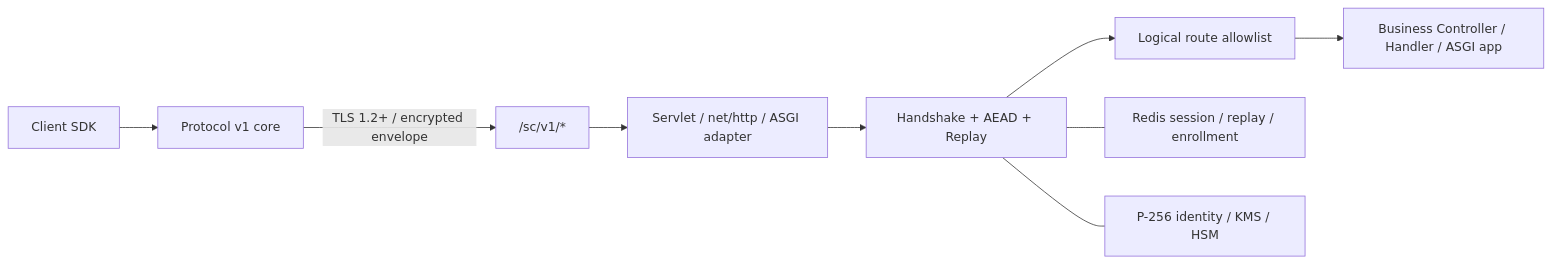
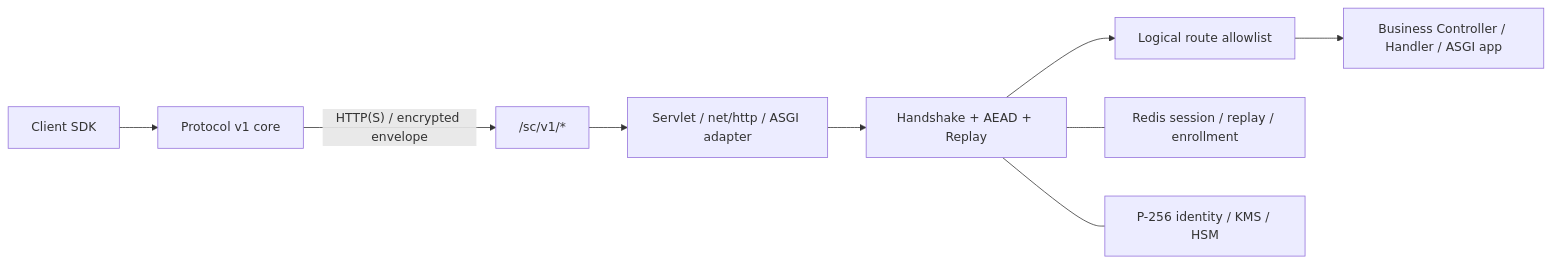
The diagram in docs/架构说明.md (coolxer-studio/secure-communication), drawn with Mermaid before and after one commit. The commit also changed other lines of this file and 46 other files, not shown here.

````diff
--- a/docs/架构说明.md
+++ b/docs/架构说明.md
@@ -15,11 +15,11 @@
 ```mermaid
 flowchart LR
   Client["Client SDK"] --> Core["Protocol v1 core"]
-  Core -->|"TLS 1.2+ / encrypted envelope"| Endpoints["/sc/v1/*"]
+  Core -->|"HTTP(S) / encrypted envelope"| Endpoints["/sc/v1/*"]
   Endpoints --> Adapter["Servlet / net/http / ASGI adapter"]
   Adapter --> Security["Handshake + AEAD + Replay"]
   Security --> Allowlist["Logical route allowlist"]
   Allowlist --> Business["Business Controller / Handler / ASGI app"]
   Security --- State["Redis session / replay / enrollment"]
   Security --- Identity["P-256 identity / KMS / HSM"]
 ```
````
